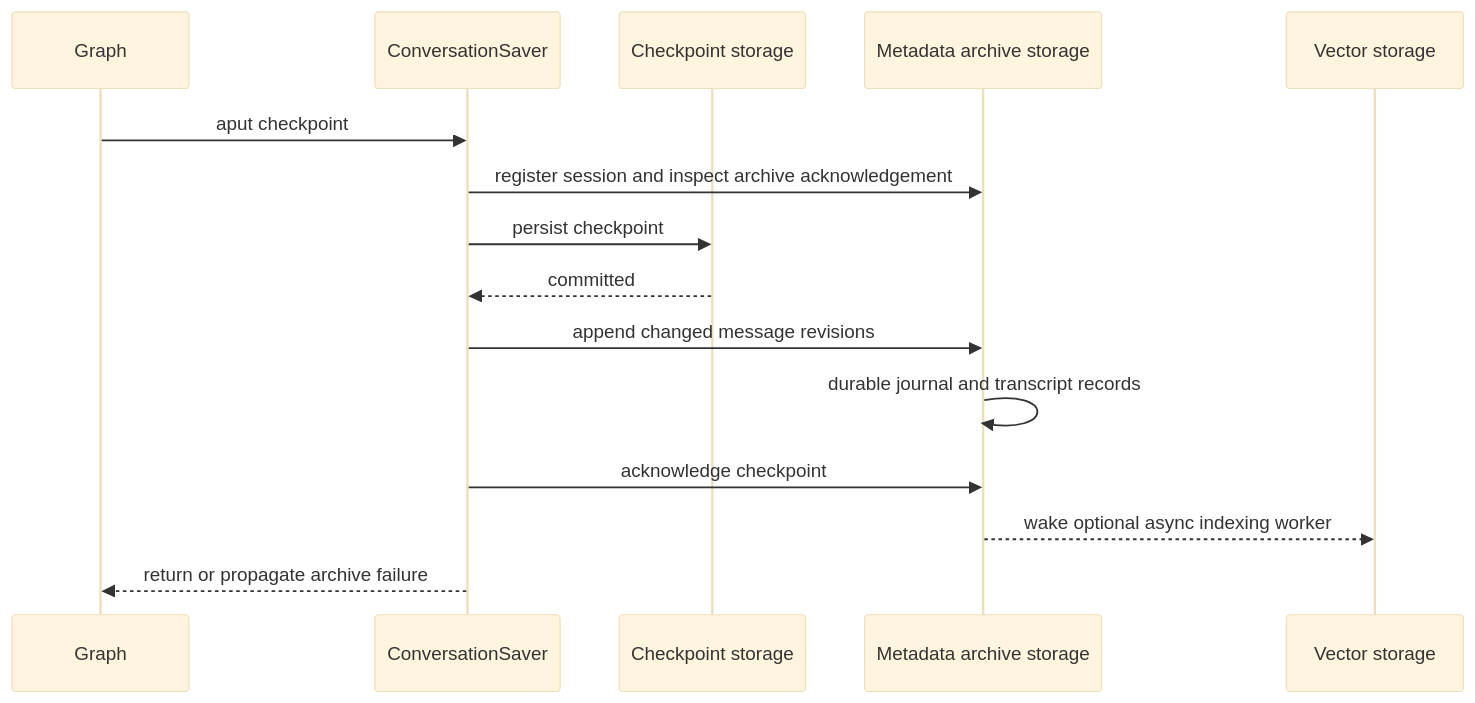
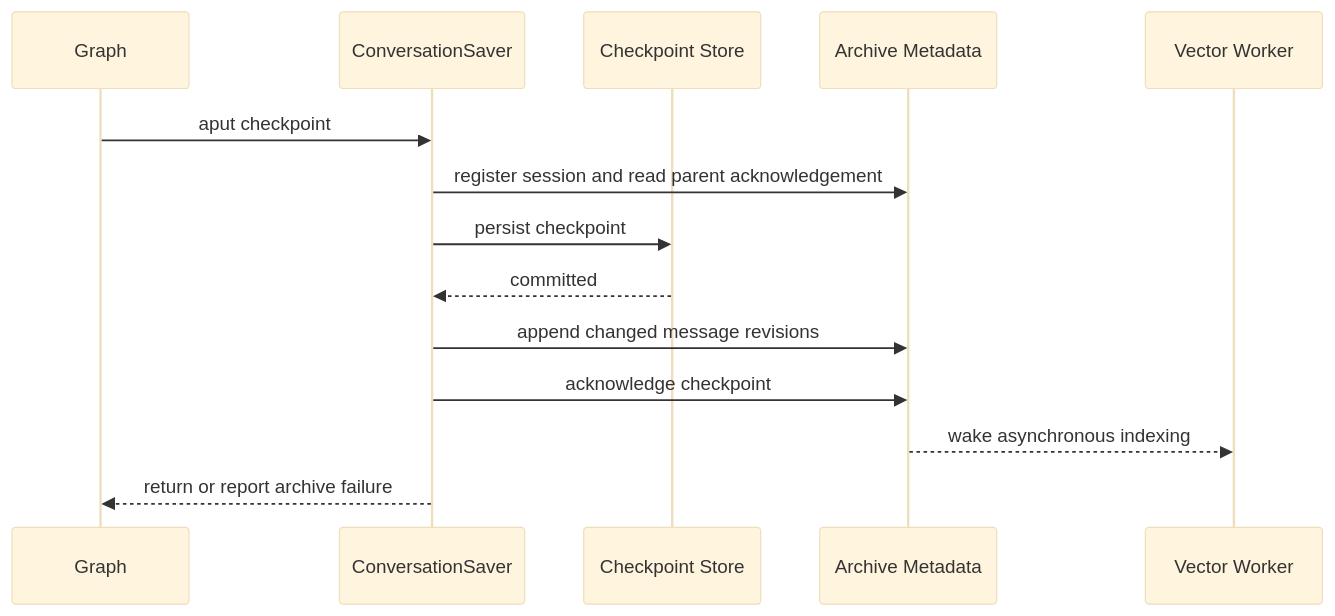
Before and after one commit to langchain-ai/deepagents: the second of 2 diagrams in openwiki/concepts/talon-history-storage.md, drawn with Mermaid (base theme). The commit also changed other lines of this file and 38 other files, not shown here.

````diff
--- a/openwiki/concepts/talon-history-storage.md
+++ b/openwiki/concepts/talon-history-storage.md
@@ -90,18 +85,17 @@
 ```mermaid
 sequenceDiagram
     participant Graph
     participant Saver as ConversationSaver
-    participant Checkpoint as Checkpoint storage
-    participant Archive as Metadata archive storage
-    participant Vector as Vector storage
+    participant Checkpoint as Checkpoint Store
+    participant Archive as Archive Metadata
+    participant Vector as Vector Worker
 
     Graph->>Saver: aput checkpoint
-    Saver->>Archive: register session and inspect archive acknowledgement
+    Saver->>Archive: register session and read parent acknowledgement
     Saver->>Checkpoint: persist checkpoint
     Checkpoint-->>Saver: committed
     Saver->>Archive: append changed message revisions
-    Archive->>Archive: durable journal and transcript records
     Saver->>Archive: acknowledge checkpoint
-    Archive-->>Vector: wake optional async indexing worker
-    Saver-->>Graph: return or propagate archive failure
+    Archive-->>Vector: wake asynchronous indexing
+    Saver-->>Graph: return or report archive failure
 ```
````
